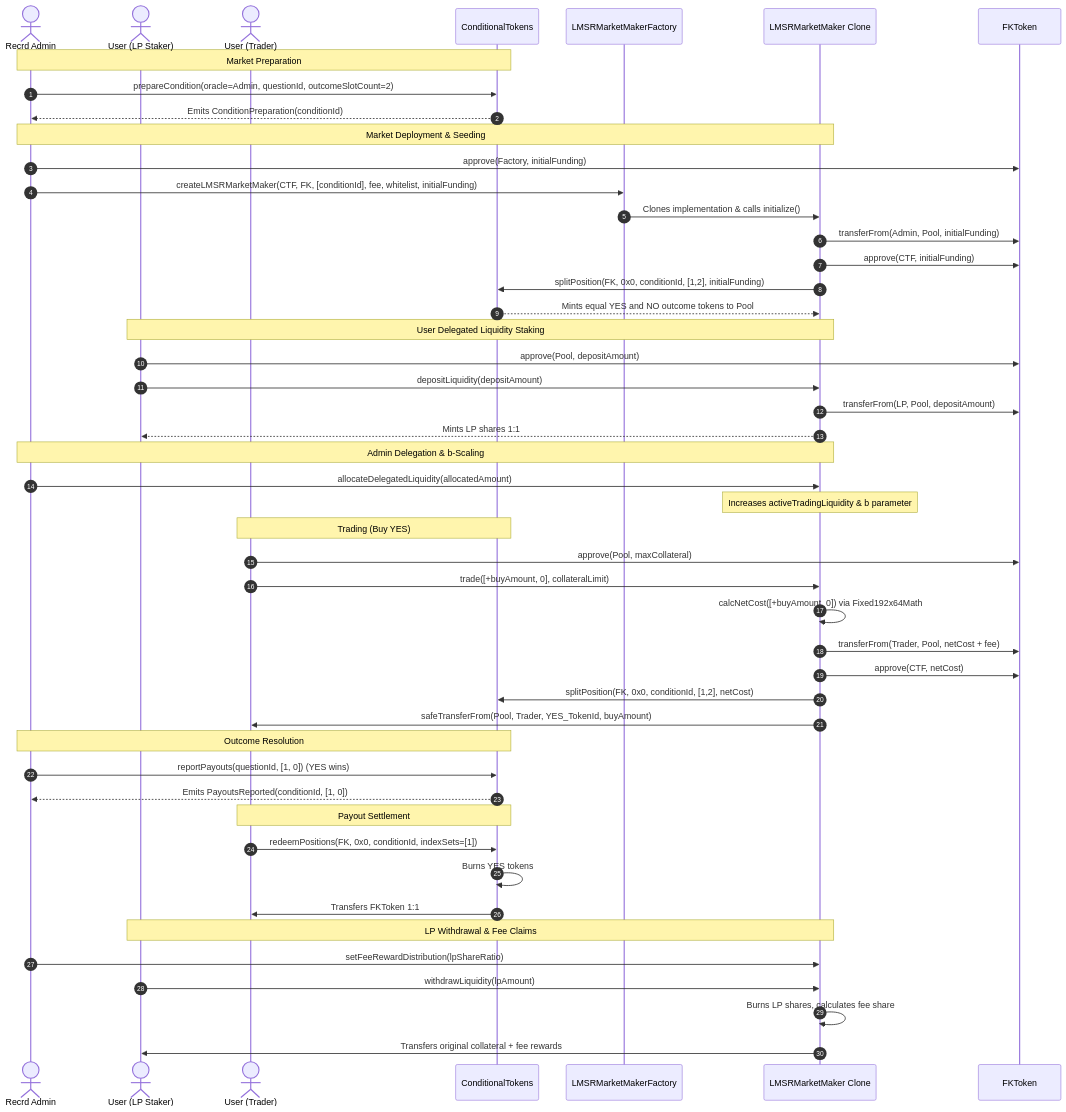
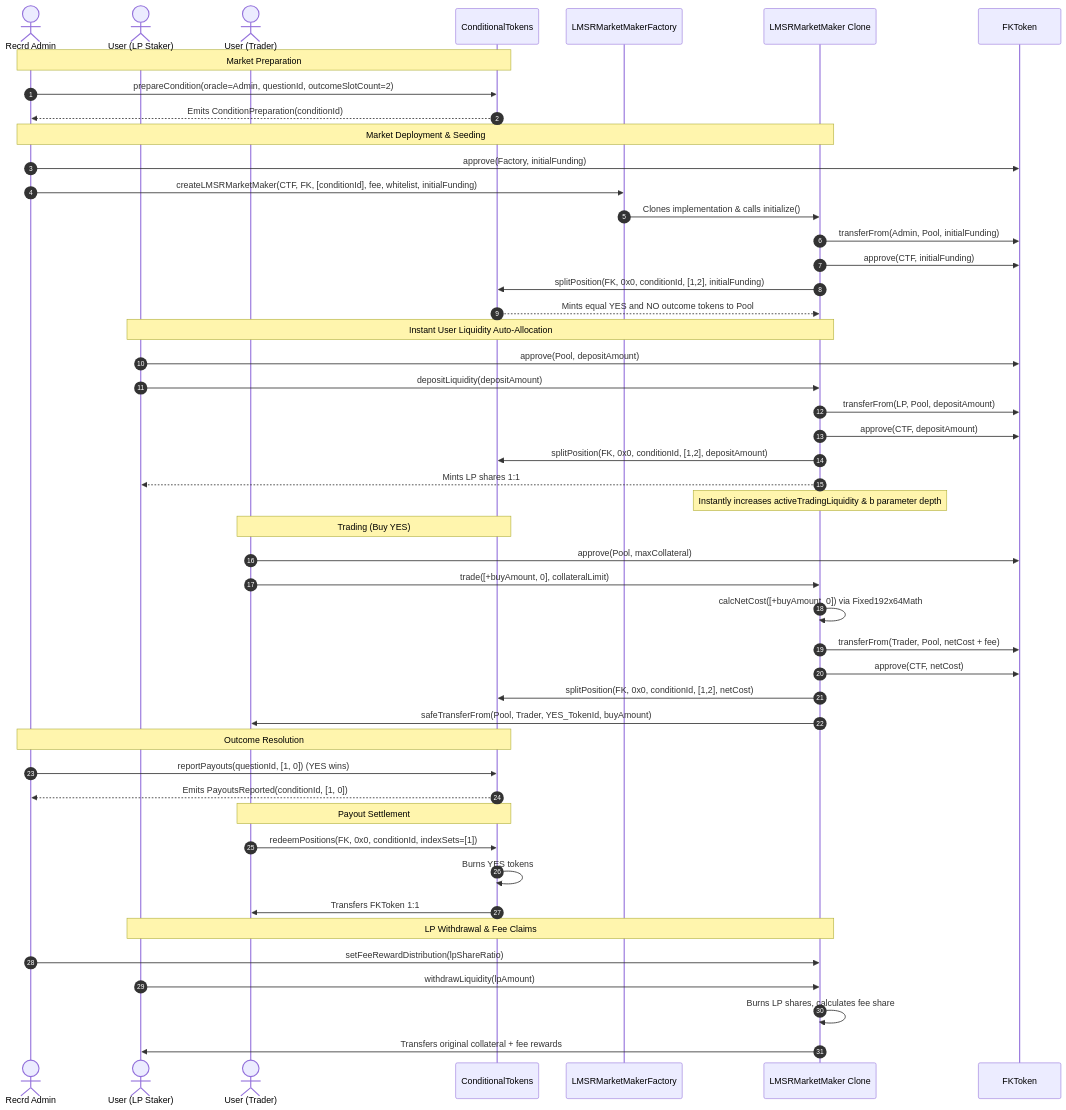
One commit to Jeevan-sparkout/Record-Project-Preapation changed the third of 3 diagrams in EXECUTION.md. Above: the diagram before and after it, drawn with Mermaid. The commit also changed other lines of this file and 3 other files, not shown here.

Commit message:
Update flow: Instant user liquidity auto-allocation without manual admin allocation

````diff
--- a/EXECUTION.md
+++ b/EXECUTION.md
@@ -60,58 +60,57 @@
 ```mermaid
 sequenceDiagram
     autonumber
     actor Admin as Recrd Admin
     actor LP as User (LP Staker)
     actor Trader as User (Trader)
     participant CTF as ConditionalTokens
     participant Factory as LMSRMarketMakerFactory
     participant Pool as LMSRMarketMaker Clone
     participant FK as FKToken
 
     Note over Admin, CTF: Market Preparation
     Admin->>CTF: prepareCondition(oracle=Admin, questionId, outcomeSlotCount=2)
     CTF-->>Admin: Emits ConditionPreparation(conditionId)
 
     Note over Admin, Pool: Market Deployment & Seeding
     Admin->>FK: approve(Factory, initialFunding)
     Admin->>Factory: createLMSRMarketMaker(CTF, FK, [conditionId], fee, whitelist, initialFunding)
     Factory->>Pool: Clones implementation & calls initialize()
     Pool->>FK: transferFrom(Admin, Pool, initialFunding)
     Pool->>FK: approve(CTF, initialFunding)
     Pool->>CTF: splitPosition(FK, 0x0, conditionId, [1,2], initialFunding)
     CTF-->>Pool: Mints equal YES and NO outcome tokens to Pool
 
-    Note over LP, Pool: User Delegated Liquidity Staking
+    Note over LP, Pool: Instant User Liquidity Auto-Allocation
     LP->>FK: approve(Pool, depositAmount)
     LP->>Pool: depositLiquidity(depositAmount)
     Pool->>FK: transferFrom(LP, Pool, depositAmount)
+    Pool->>FK: approve(CTF, depositAmount)
+    Pool->>CTF: splitPosition(FK, 0x0, conditionId, [1,2], depositAmount)
     Pool-->>LP: Mints LP shares 1:1
-
-    Note over Admin, Pool: Admin Delegation & b-Scaling
-    Admin->>Pool: allocateDelegatedLiquidity(allocatedAmount)
-    Note over Pool: Increases activeTradingLiquidity & b parameter
+    Note over Pool: Instantly increases activeTradingLiquidity & b parameter depth
 
     Note over Trader, CTF: Trading (Buy YES)
     Trader->>FK: approve(Pool, maxCollateral)
     Trader->>Pool: trade([+buyAmount, 0], collateralLimit)
     Pool->>Pool: calcNetCost([+buyAmount, 0]) via Fixed192x64Math
     Pool->>FK: transferFrom(Trader, Pool, netCost + fee)
     Pool->>FK: approve(CTF, netCost)
     Pool->>CTF: splitPosition(FK, 0x0, conditionId, [1,2], netCost)
     Pool->>Trader: safeTransferFrom(Pool, Trader, YES_TokenId, buyAmount)
 
     Note over Admin, CTF: Outcome Resolution
     Admin->>CTF: reportPayouts(questionId, [1, 0]) (YES wins)
     CTF-->>Admin: Emits PayoutsReported(conditionId, [1, 0])
 
     Note over Trader, CTF: Payout Settlement
     Trader->>CTF: redeemPositions(FK, 0x0, conditionId, indexSets=[1])
     CTF->>CTF: Burns YES tokens
     CTF->>Trader: Transfers FKToken 1:1
 
     Note over LP, Pool: LP Withdrawal & Fee Claims
     Admin->>Pool: setFeeRewardDistribution(lpShareRatio)
     LP->>Pool: withdrawLiquidity(lpAmount)
     Pool->>Pool: Burns LP shares, calculates fee share
     Pool->>LP: Transfers original collateral + fee rewards
 ```
````
